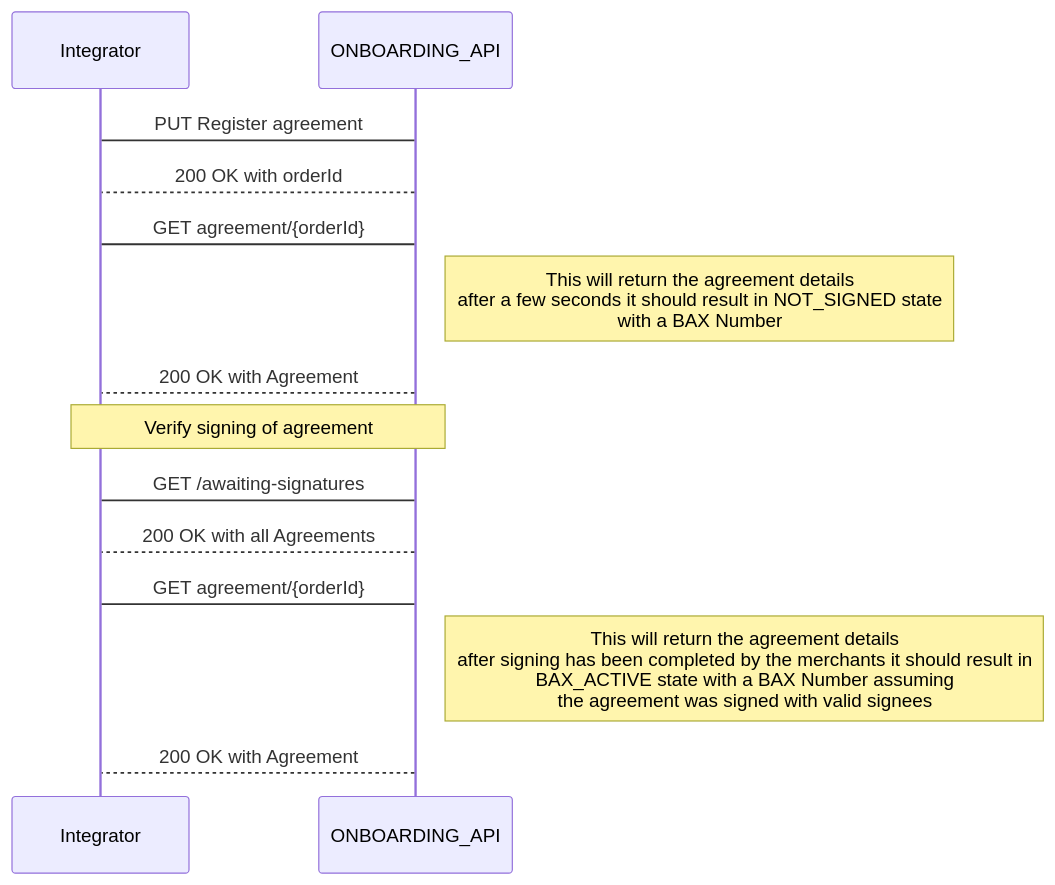
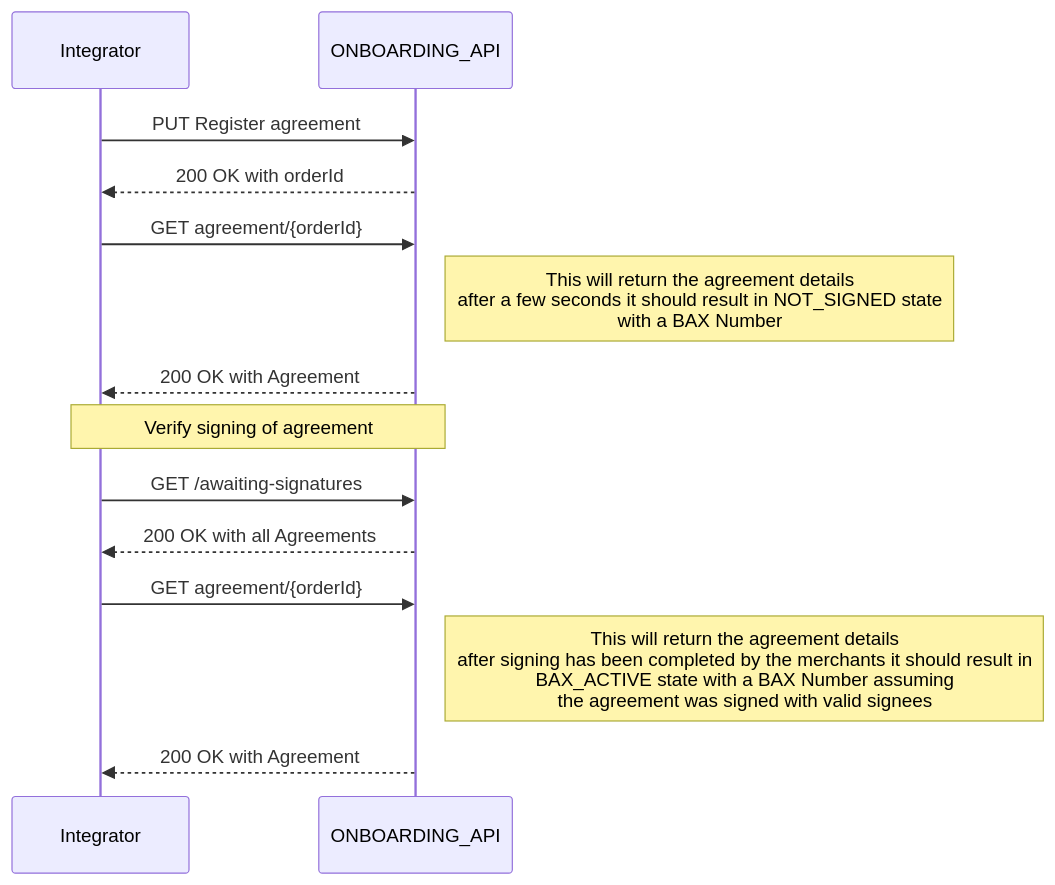
One commit to BankAxept/bankaxept-onboarding-external-documentation changed the first of 5 diagrams in docs/getting_started.md. Above: the diagram before and after it, drawn with Mermaid. The commit also changed other lines of this file, not shown here.

Commit message:
upgrade mermaid diagrams

````diff
--- a/docs/getting_started.md
+++ b/docs/getting_started.md
@@ -21,18 +21,18 @@
 ```mermaid
 sequenceDiagram
-participant Integrator
-participant ONBOARDING_API
+participant I as Integrator
+participant O as ONBOARDING_API
 
-Integrator -> ONBOARDING_API: PUT Register agreement
-ONBOARDING_API --> Integrator: 200 OK with orderId
-Integrator -> ONBOARDING_API : GET agreement/{orderId}
+I ->> O: PUT Register agreement
+O -->> I: 200 OK with orderId
+I ->> O : GET agreement/{orderId}
 
-note right of ONBOARDING_API: This will return the agreement details <br/> after a few seconds it should result in NOT_SIGNED state <br/> with a BAX Number
-ONBOARDING_API --> Integrator: 200 OK with Agreement
-note over Integrator, ONBOARDING_API: Verify signing of agreement
-Integrator -> ONBOARDING_API: GET /awaiting-signatures
-ONBOARDING_API --> Integrator: 200 OK with all Agreements
-Integrator -> ONBOARDING_API : GET agreement/{orderId}
-note right of ONBOARDING_API: This will return the agreement details <br/> after signing has been completed by the merchants  it should result in <br/> BAX_ACTIVE state with a BAX Number assuming <br/> the agreement was signed with valid signees
-ONBOARDING_API --> Integrator: 200 OK with Agreement
+note right of O: This will return the agreement details <br/> after a few seconds it should result in NOT_SIGNED state <br/> with a BAX Number
+O -->> I: 200 OK with Agreement
+note over I, O: Verify signing of agreement
+I ->> O: GET /awaiting-signatures
+O -->> I: 200 OK with all Agreements
+I ->> O : GET agreement/{orderId}
+note right of O: This will return the agreement details <br/> after signing has been completed by the merchants  it should result in <br/> BAX_ACTIVE state with a BAX Number assuming <br/> the agreement was signed with valid signees
+O -->> I: 200 OK with Agreement
 ```
````
